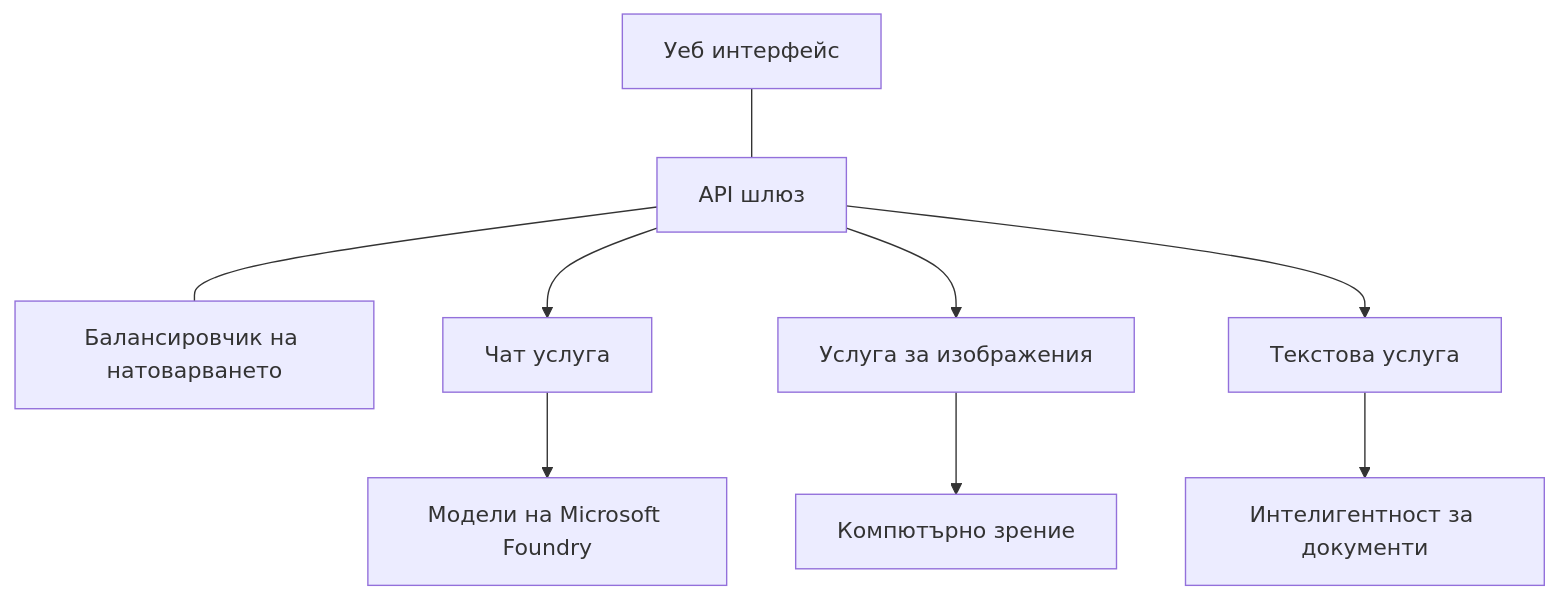
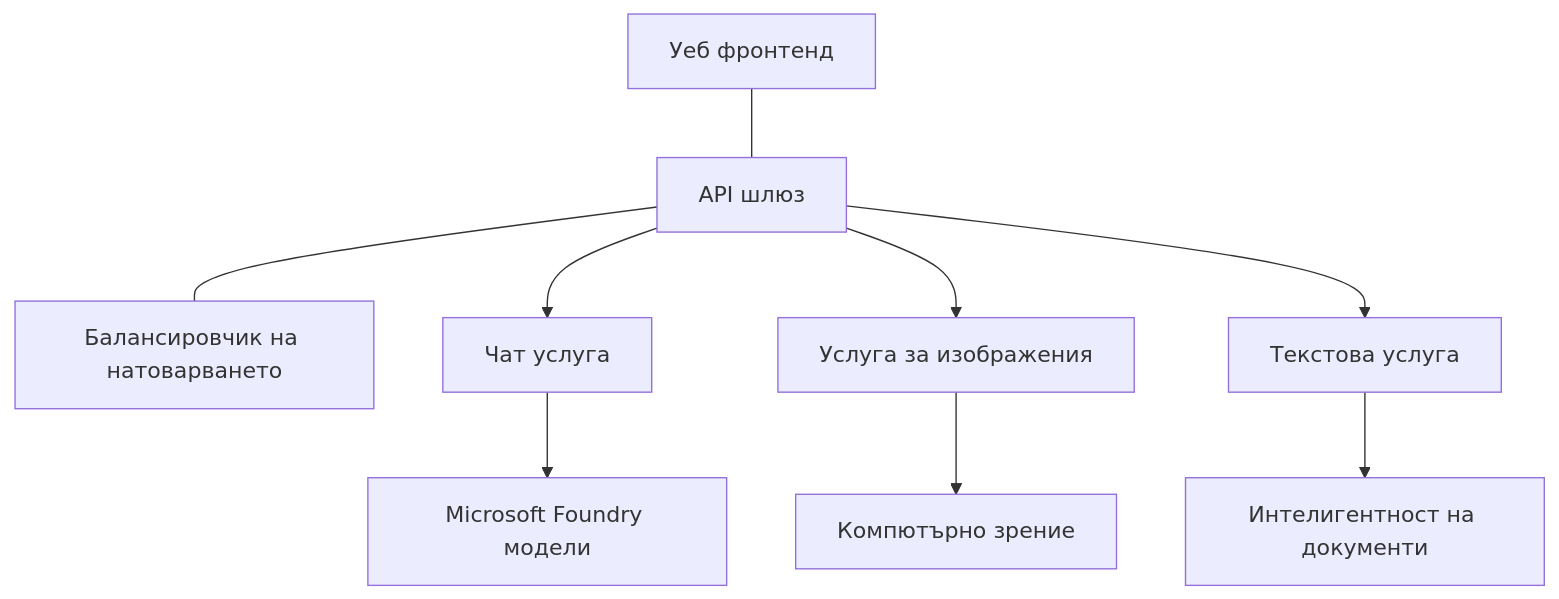
The diagram in translations/bg/docs/chapter-08-production/production-ai-practices.md (microsoft/AZD-for-beginners), drawn with Mermaid before and after one commit. The commit also changed other lines of this file and 101 other files, not shown here.

````diff
--- a/translations/bg/docs/chapter-08-production/production-ai-practices.md
+++ b/translations/bg/docs/chapter-08-production/production-ai-practices.md
@@ -30,10 +30,10 @@
 ```mermaid
 graph TD
-    Frontend[Уеб интерфейс] --- Gateway[API шлюз] --- LB[Балансировчик на натоварването]
+    Frontend[Уеб фронтенд] --- Gateway[API шлюз] --- LB[Балансировчик на натоварването]
     Gateway --> Chat[Чат услуга]
     Gateway --> Image[Услуга за изображения]
     Gateway --> Text[Текстова услуга]
-    Chat --> OpenAI[Модели на Microsoft Foundry]
+    Chat --> OpenAI[Microsoft Foundry модели]
     Image --> Vision[Компютърно зрение]
-    Text --> DocIntel[Интелигентност за документи]
+    Text --> DocIntel[Интелигентност на документи]
 ```
````
